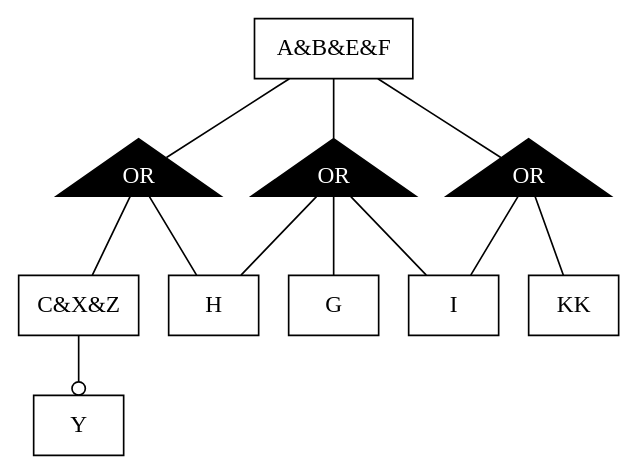
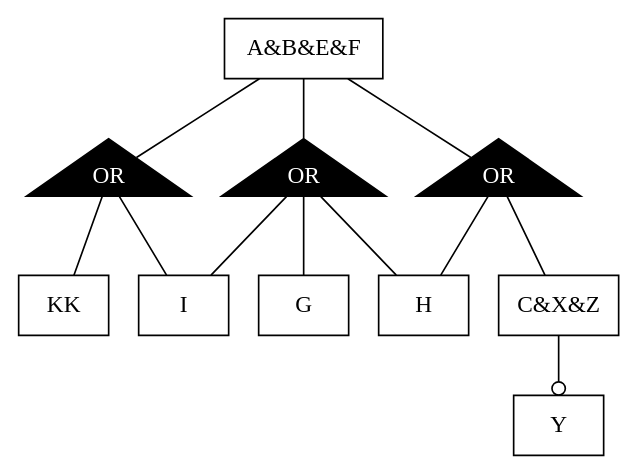
Before and after one commit to FAMILIAR-project/familiar-language: the diagram in FAMILIAR/output/fm1.dot, drawn with Graphviz. The commit also changed 13 other files, not shown here.

```diff
--- a/FAMILIAR/output/fm1.dot
+++ b/FAMILIAR/output/fm1.dot
@@ -1,26 +1,26 @@
 digraph fm {
 graph [rankdir=TB];
 node [shape=box];
 edge [arrowhead=normal];
 92[label="C&X&Z",]
 93[label="A&B&E&F",]
 94[label="I",]
 95[label="H",]
 97[label="Y",]
 98[label="KK",]
 100[label="G",]
-92->97[arrowhead=odot];
 102[label="OR",shape="triangle",style="filled",color="black",fontcolor="white"]
 93->102[arrowhead=none];
 102->94[arrowhead=none];
 102->98[arrowhead=none];
 103[label="OR",shape="triangle",style="filled",color="black",fontcolor="white"]
 93->103[arrowhead=none];
-103->92[arrowhead=none];
+103->94[arrowhead=none];
 103->95[arrowhead=none];
+103->100[arrowhead=none];
 104[label="OR",shape="triangle",style="filled",color="black",fontcolor="white"]
 93->104[arrowhead=none];
-104->94[arrowhead=none];
+104->92[arrowhead=none];
 104->95[arrowhead=none];
-104->100[arrowhead=none];
+92->97[arrowhead=odot];
 }
```
